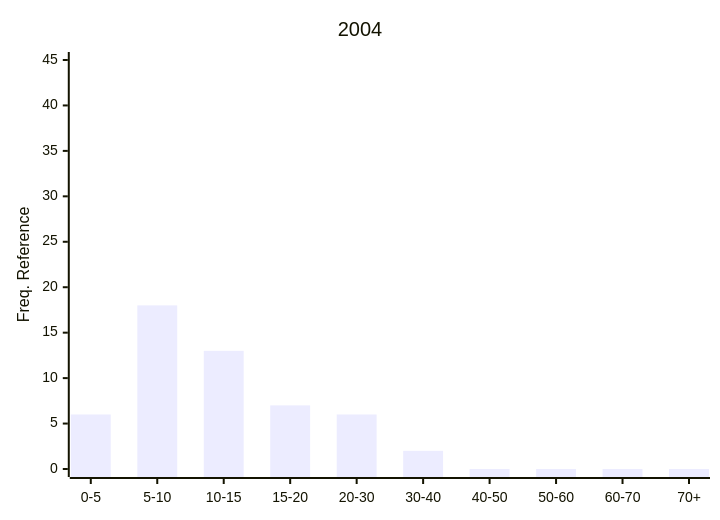
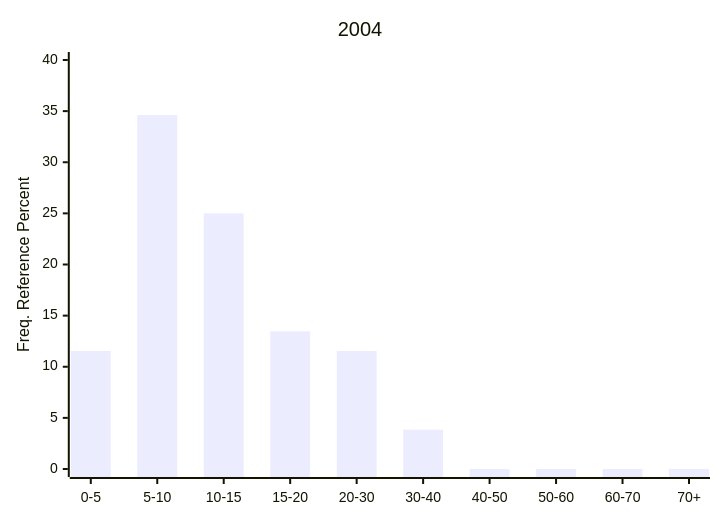
The seventh of 28 diagrams in README.md (Nemus-Project/fair-nime-2026), drawn with Mermaid before and after one commit. The commit also changed other lines of this file, not shown here.

````diff
--- a/README.md
+++ b/README.md
@@ -505,7 +506,7 @@
 ```mermaid
 xychart-beta
     title "2004"
     x-axis ["0-5", "5-10", "10-15", "15-20", "20-30", "30-40", "40-50", "50-60", "60-70", "70+"]
-    y-axis "Freq. Reference" 0 --> 45
-    bar [6, 18, 13, 7, 6, 2, 0, 0, 0, 0]
+    y-axis "Freq. Reference Percent" 0 --> 40
+    bar [11.538461538461538, 34.61538461538461, 25.0, 13.461538461538462, 11.538461538461538, 3.8461538461538463, 0.0, 0.0, 0.0, 0.0]
 ```    
````
